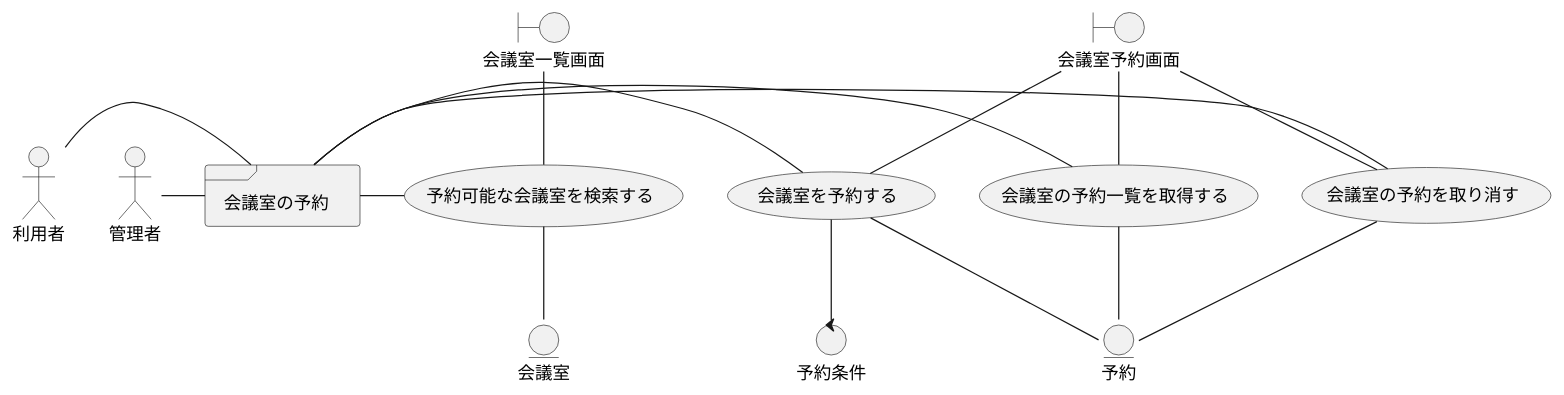
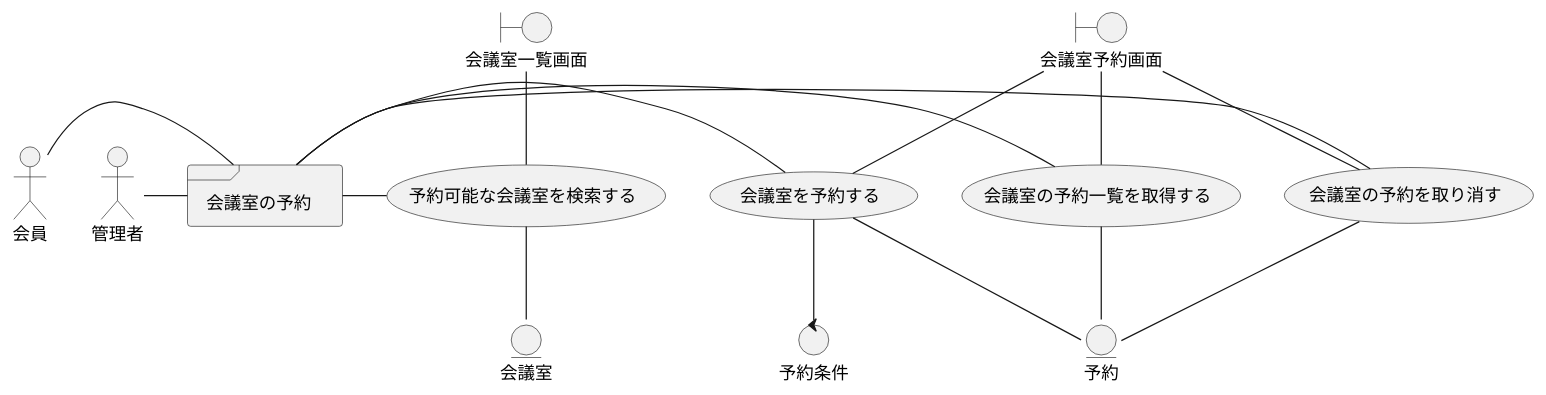
Diagram 13 of 19 in docs/index.adoc (k2works/case-study-mrs), drawn with PlantUML before and after one commit. The commit also changed other lines of this file and 21 other files, not shown here.

```diff
--- a/docs/index.adoc
+++ b/docs/index.adoc
@@ -392,38 +415,38 @@
 [plantuml]
 ----
 @startuml
-actor "利用者" as user
+actor "会員" as user
 actor "管理者" as admin
 frame "会議室の予約" as f01
 usecase "予約可能な会議室を検索する" as UC1
 usecase "会議室の予約一覧を取得する" as UC2
 usecase "会議室を予約する" as UC3
 usecase "会議室の予約を取り消す" as UC4
 boundary "会議室一覧画面" as b01
 boundary "会議室予約画面" as b02
 control "予約条件" as c01
 entity "会議室" as e01
 entity "予約" as e02
 
 user - f01
 admin - f01
 
 f01 - UC1
 b01 -- UC1
 UC1 -- e01
 
 f01 - UC2
 b02 -- UC2
 UC2 -- e02
 
 f01 - UC3
 b02 -- UC3
 UC3 -- e02
 UC3 -- c01
 
 f01 - UC4
 b02 -- UC4
 UC4 - e02
 
 @enduml
 ----
```
